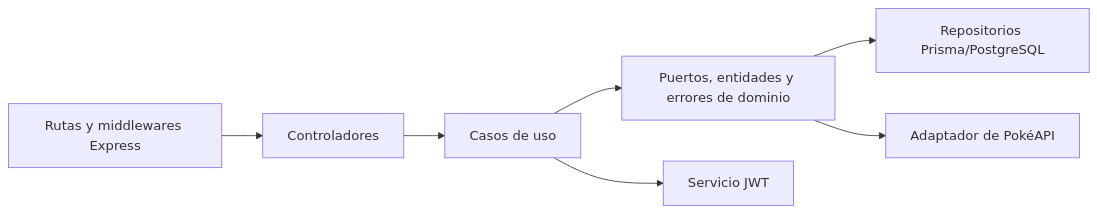
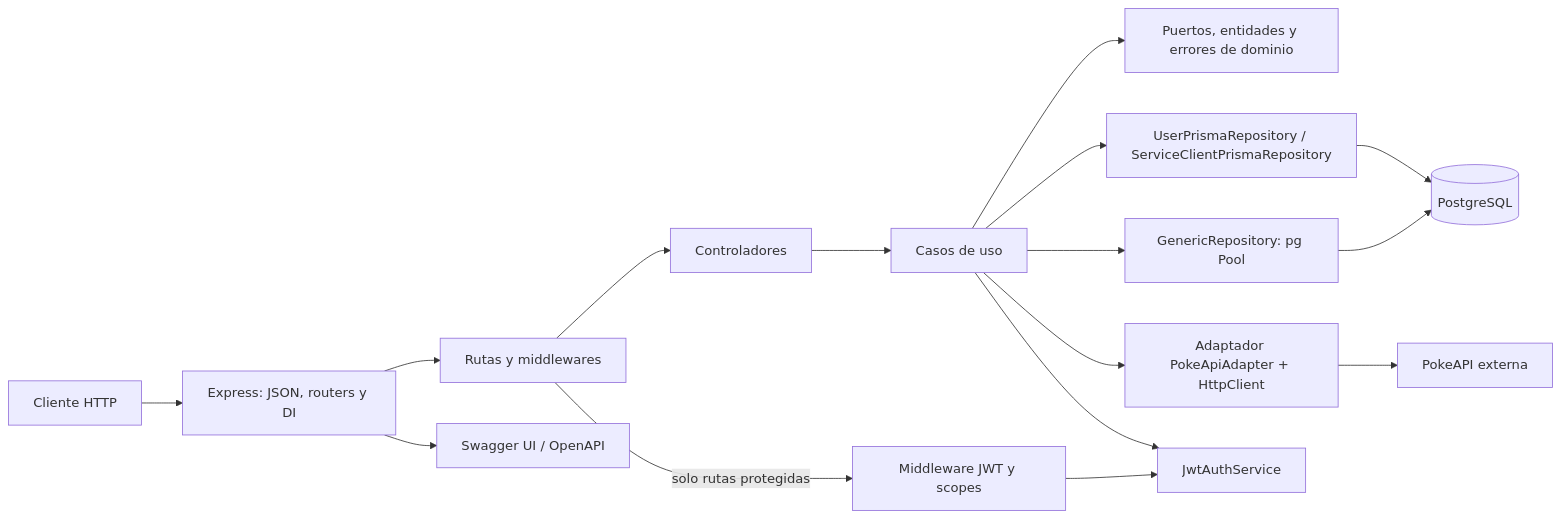
One commit to jac2206/chasis-express-ts changed the diagram in docs/main.md. Above: the diagram before and after it, drawn with Mermaid. The commit also changed other lines of this file and 25 other files, not shown here.

````diff
--- a/docs/main.md
+++ b/docs/main.md
@@ -19,9 +19,18 @@
 ```mermaid
 flowchart LR
-  HTTP[Rutas y middlewares Express] --> C[Controladores]
+  CLIENTE[Cliente HTTP] --> APP[Express: JSON, routers y DI]
+  APP --> ROUTER[Rutas y middlewares]
+  ROUTER --> C[Controladores]
   C --> U[Casos de uso]
   U --> P[Puertos, entidades y errores de dominio]
-  P --> DB[Repositorios Prisma/PostgreSQL]
-  P --> EXT[Adaptador de PokéAPI]
-  U --> JWT[Servicio JWT]
+  U --> PRISMA[UserPrismaRepository / ServiceClientPrismaRepository]
+  PRISMA --> PG[(PostgreSQL)]
+  U --> RAW[GenericRepository: pg Pool]
+  RAW --> PG
+  U --> EXT[Adaptador PokeApiAdapter + HttpClient]
+  EXT --> POKEAPI[PokeAPI externa]
+  ROUTER -->|solo rutas protegidas| AUTH[Middleware JWT y scopes]
+  AUTH --> JWT[JwtAuthService]
+  U --> JWT
+  APP --> DOCS[Swagger UI / OpenAPI]
 ```
````
